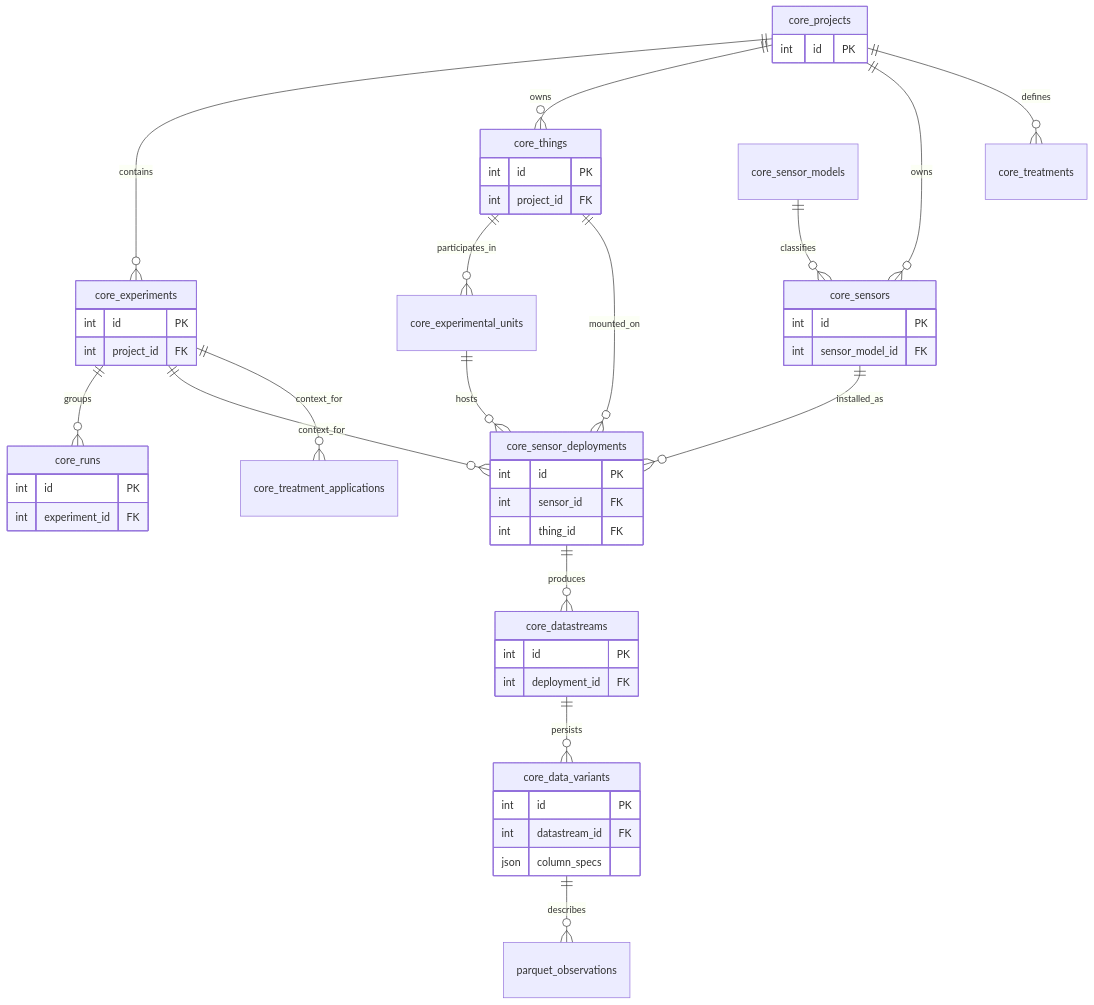
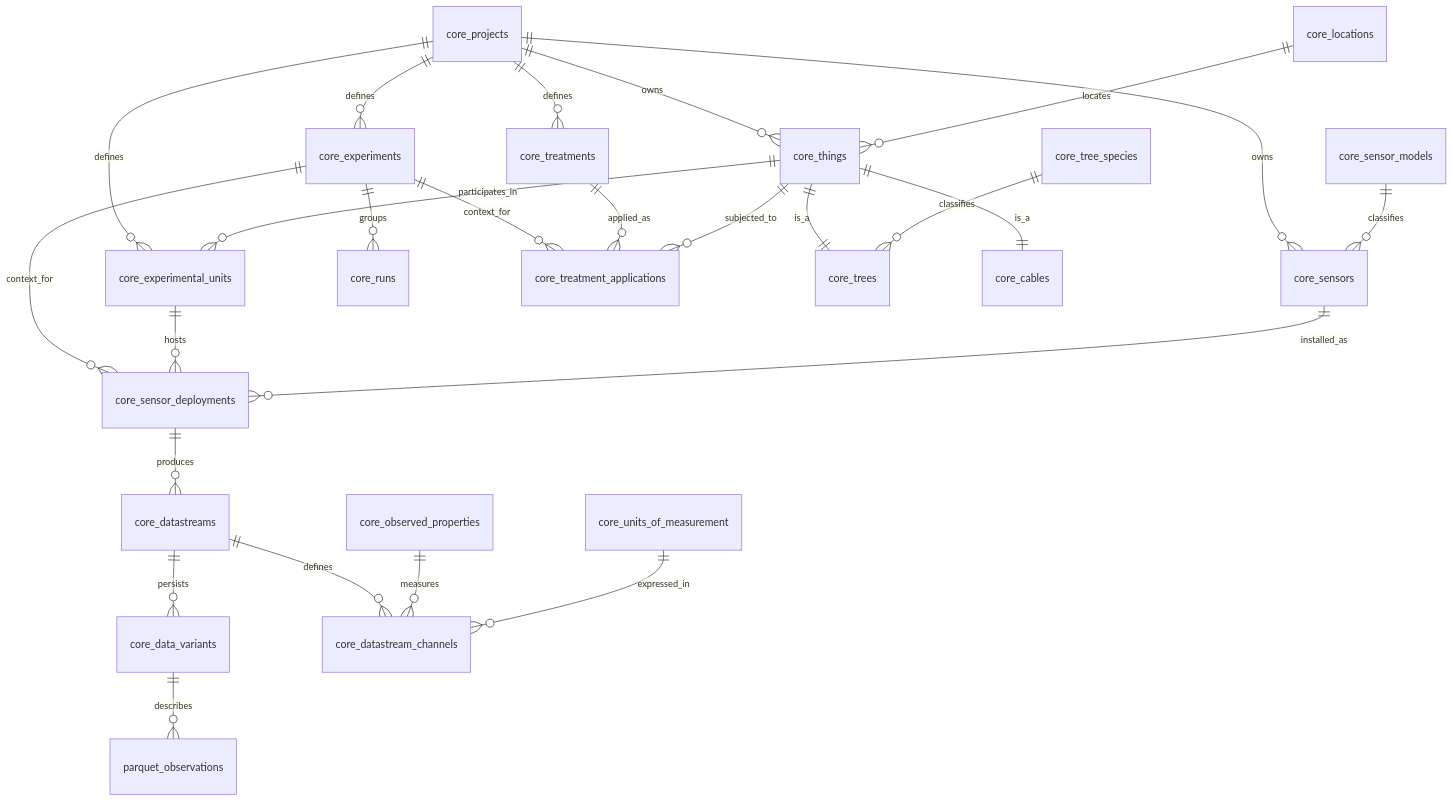
The diagram in docs/specs/data-model.md (kyellsen/arbolab_mvp), drawn with Mermaid before and after one commit. The commit also changed other lines of this file and 6 other files, not shown here.

````diff
--- a/docs/specs/data-model.md
+++ b/docs/specs/data-model.md
@@ -9,38 +9,42 @@
 ```mermaid
 erDiagram
-  %% EXPERIMENTAL CONTEXT
-  core_projects ||--o{ core_experiments : contains
+  %% PROJECT CONTEXT
+  core_projects ||--o{ core_experiments : defines
   core_projects ||--o{ core_things : owns
   core_projects ||--o{ core_sensors : owns
   core_projects ||--o{ core_treatments : defines
+  core_projects ||--o{ core_experimental_units : defines
 
+  %% EXPERIMENTAL CONTEXT
   core_experiments ||--o{ core_runs : groups
   core_experiments ||--o{ core_sensor_deployments : context_for
   core_experiments ||--o{ core_treatment_applications : context_for
 
   %% ANALYTICAL CONTEXT
   core_experimental_units ||--o{ core_sensor_deployments : hosts
   core_things ||--o{ core_experimental_units : participates_in
 
+  %% THINGS & LOCATIONS
+  core_locations ||--o{ core_things : locates
+  core_things ||--|| core_trees : is_a
+  core_things ||--|| core_cables : is_a
+  core_tree_species ||--o{ core_trees : classifies
+
+  %% TREATMENTS
+  core_treatments ||--o{ core_treatment_applications : applied_as
+  core_things ||--o{ core_treatment_applications : subjected_to
+
   %% DEPLOYMENT & SENSORS
   core_sensors ||--o{ core_sensor_deployments : installed_as
   core_sensor_models ||--o{ core_sensors : classifies
-  core_things ||--o{ core_sensor_deployments : mounted_on
 
   %% DATASTREAM & STORAGE
   core_sensor_deployments ||--o{ core_datastreams : produces
   core_datastreams ||--o{ core_data_variants : persists
+  core_datastreams ||--o{ core_datastream_channels : defines
+  core_observed_properties ||--o{ core_datastream_channels : measures
+  core_units_of_measurement ||--o{ core_datastream_channels : expressed_in
 
   %% VIRTUAL / PARQUET
   core_data_variants ||--o{ parquet_observations : describes
-
-  %% TABLES definition
-  core_projects { int id PK }
-  core_experiments { int id PK int project_id FK }
-  core_runs { int id PK int experiment_id FK }
-  core_things { int id PK int project_id FK }
-  core_sensors { int id PK int sensor_model_id FK }
-  core_sensor_deployments { int id PK int sensor_id FK int thing_id FK }
-  core_datastreams { int id PK int deployment_id FK }
-  core_data_variants { int id PK int datastream_id FK json column_specs }
 ```
````
